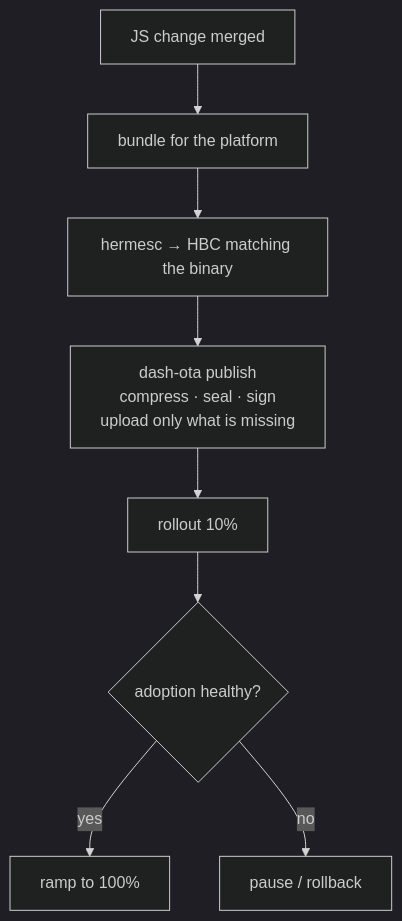
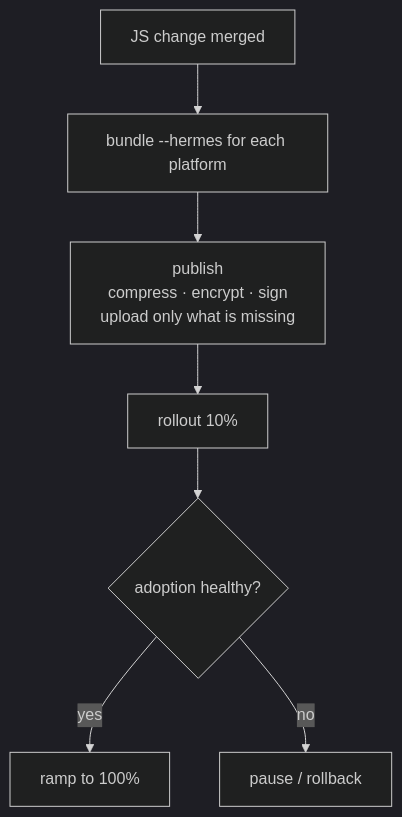
The diagram in website/docs/cli/release-workflow.md (Scripting-Bear/dash-ota), drawn with Mermaid (dark theme) before and after one commit. The commit also changed other lines of this file and 157 other files, not shown here.

````diff
--- a/website/docs/cli/release-workflow.md
+++ b/website/docs/cli/release-workflow.md
@@ -10,10 +11,9 @@
 ```mermaid
 flowchart TB
-  A[JS change merged] --> B[bundle for the platform]
-  B --> C[hermesc → HBC matching the binary]
-  C --> D[dash-ota publish<br/>compress · seal · sign<br/>upload only what is missing]
+  A[JS change merged] --> B[bundle --hermes for each platform]
+  B --> D[publish<br/>compress · encrypt · sign<br/>upload only what is missing]
   D --> E[rollout 10%]
   E --> F{adoption healthy?}
   F -- yes --> G[ramp to 100%]
   F -- no --> H[pause / rollback]
 ```
````
